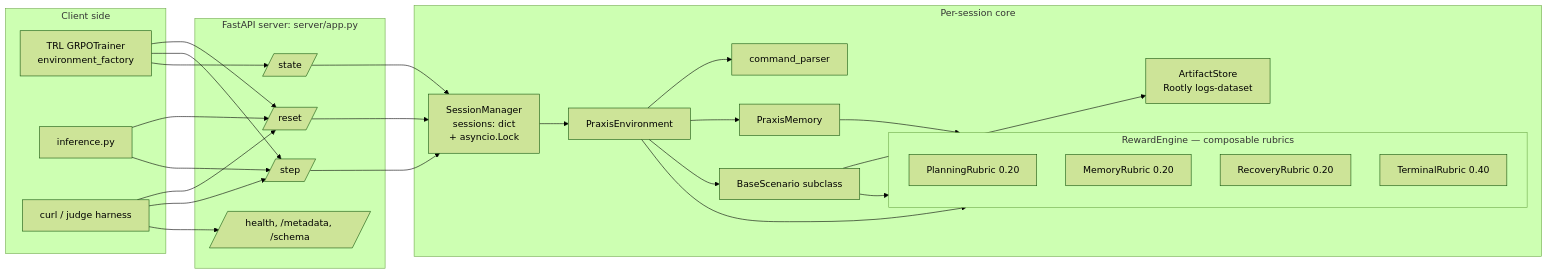
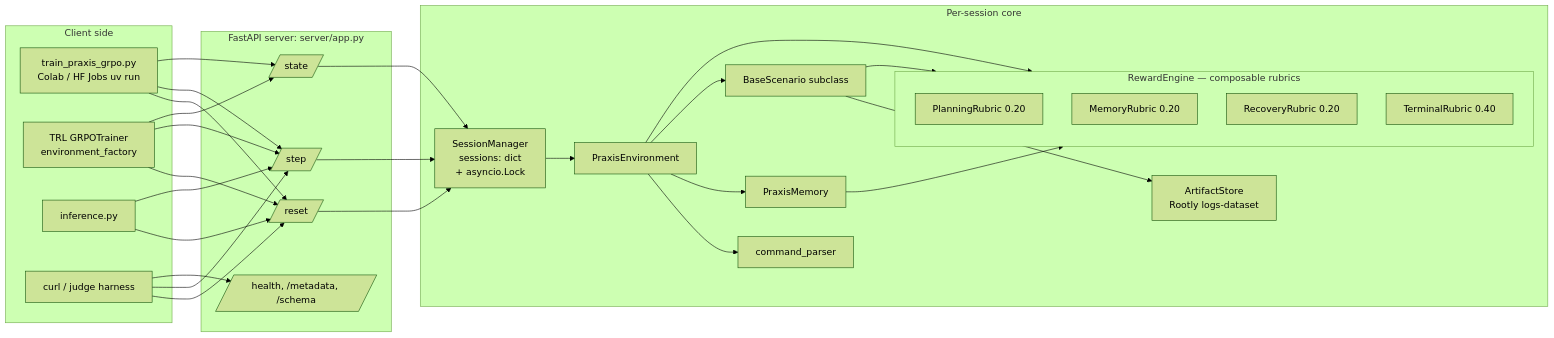
One commit to GunaPalanivel/Praxis changed the first of 8 diagrams in idea/Plan/Architecture/DataFlow.md. Above: the diagram before and after it, drawn with Mermaid (forest theme). The commit also changed 14 other files, not shown here.

First line of the commit message:
fix: production-merge gaps — GRPO on HF Jobs, Trackio, reward defaults (#57)

````diff
--- a/idea/Plan/Architecture/DataFlow.md
+++ b/idea/Plan/Architecture/DataFlow.md
@@ -11,52 +11,56 @@
 ```mermaid
 flowchart LR
     subgraph Client[Client side]
+        TP[train_praxis_grpo.py<br/>Colab / HF Jobs uv run]
         T[TRL GRPOTrainer<br/>environment_factory]
         I[inference.py]
         H[curl / judge harness]
     end
 
     subgraph API[FastAPI server: server/app.py]
         R[/reset/]
         S[/step/]
         ST[/state/]
         HE[/health, /metadata, /schema/]
     end
 
     subgraph Core[Per-session core]
         SM[SessionManager<br/>sessions: dict<br/>+ asyncio.Lock]
         PE[PraxisEnvironment]
         CP[command_parser]
         MEM[PraxisMemory]
         SC[BaseScenario subclass]
         AS[ArtifactStore<br/>Rootly logs-dataset]
         subgraph RUB[RewardEngine — composable rubrics]
             PR[PlanningRubric 0.20]
             MR[MemoryRubric 0.20]
             RR[RecoveryRubric 0.20]
             TR[TerminalRubric 0.40]
         end
     end
 
+    TP --> R
     T --> R
     I --> R
     H --> R
+    TP --> S
     T --> S
     I --> S
     H --> S
+    TP --> ST
     T --> ST
     H --> HE
 
     R --> SM
     S --> SM
     ST --> SM
 
     SM --> PE
     PE --> CP
     PE --> MEM
     PE --> SC
     PE --> RUB
     SC --> AS
     SC --> RUB
     MEM --> RUB
 ```
````
